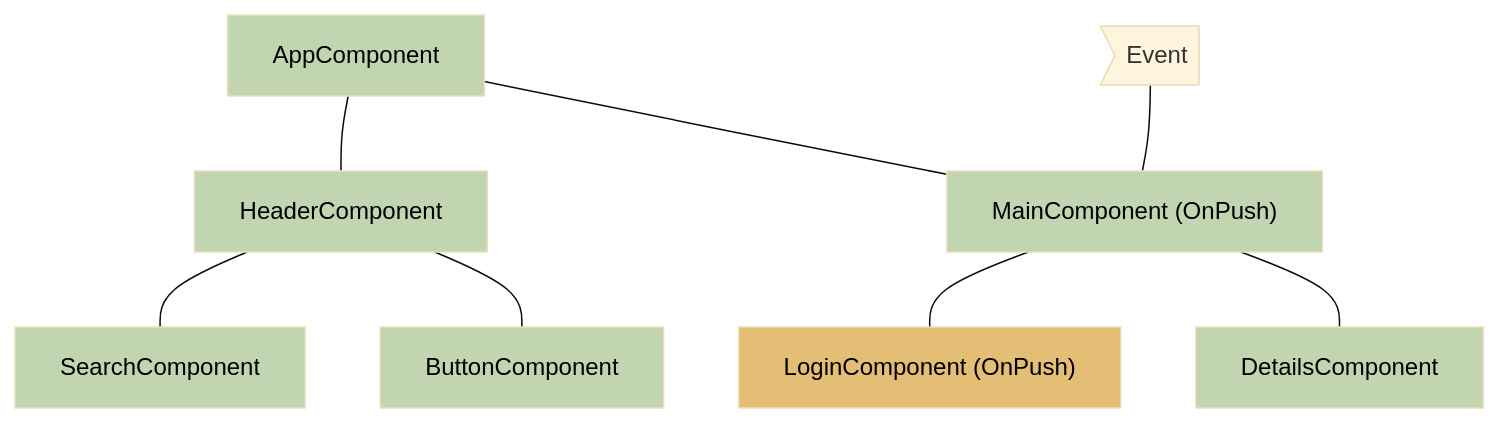
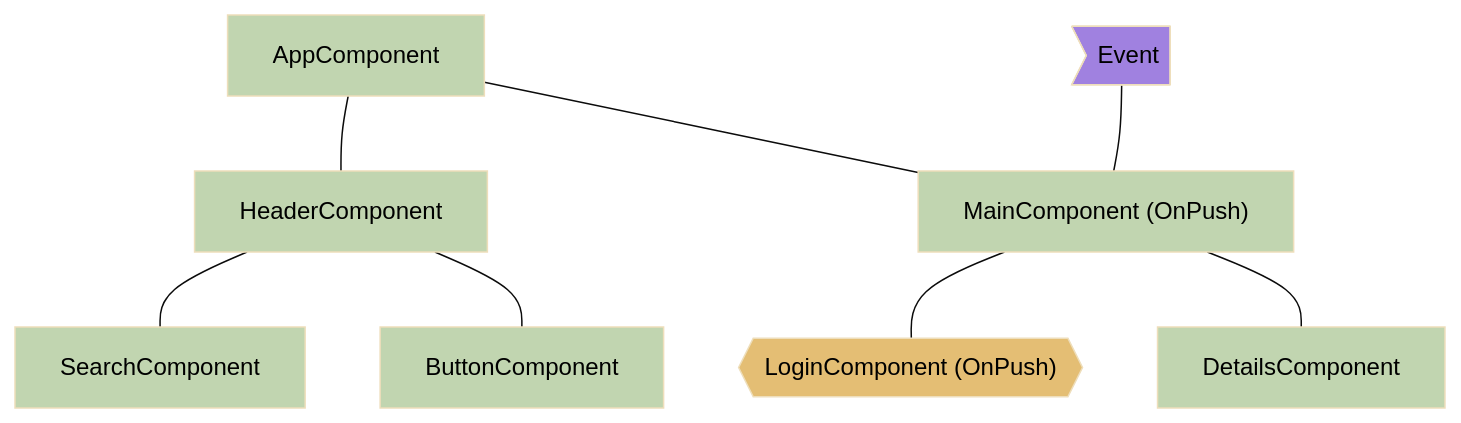
Before and after one commit to angular/angular: the second of 4 diagrams in adev/src/content/best-practices/runtime-performance/skipping-subtrees.md, drawn with Mermaid (base theme). The commit also changed other lines of this file, not shown here.

First line of the commit message:
docs(docs-infra): change format diagrams&colors

````diff
--- a/adev/src/content/best-practices/runtime-performance/skipping-subtrees.md
+++ b/adev/src/content/best-practices/runtime-performance/skipping-subtrees.md
@@ -62,19 +63,19 @@
 ```mermaid
 graph TD;
     app[AppComponent] --- header[HeaderComponent];
     app --- main["MainComponent (OnPush)"];
     header --- search[SearchComponent];
     header --- button[ButtonComponent];
-    main --- login["LoginComponent (OnPush)"];
+    main --- login{{"LoginComponent (OnPush)"}};
     main --- details[DetailsComponent];
     event>Event] --- main
 
 style login fill:#E4BE74,color:#000
-
+style event fill:#A081E0, color:#000
 style app fill:#C1D5B0,color:#000
 style header fill:#C1D5B0,color:#000
 style button fill:#C1D5B0,color:#000
 style search fill:#C1D5B0,color:#000
 style main fill:#C1D5B0,color:#000
 style details fill:#C1D5B0,color:#000
 ```
````
